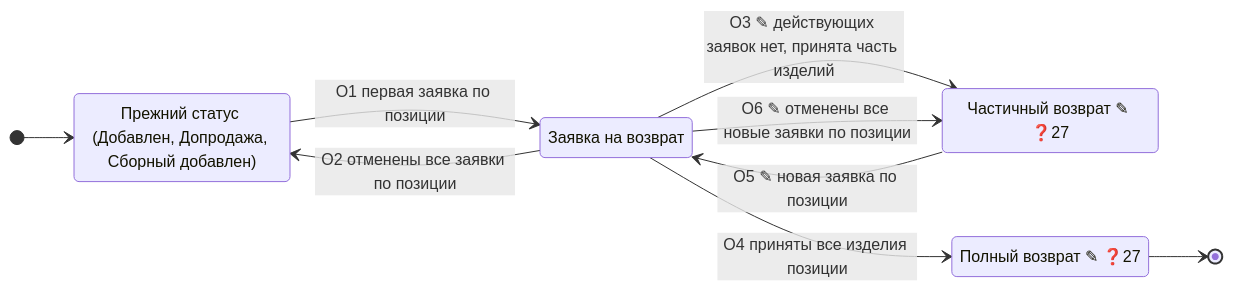
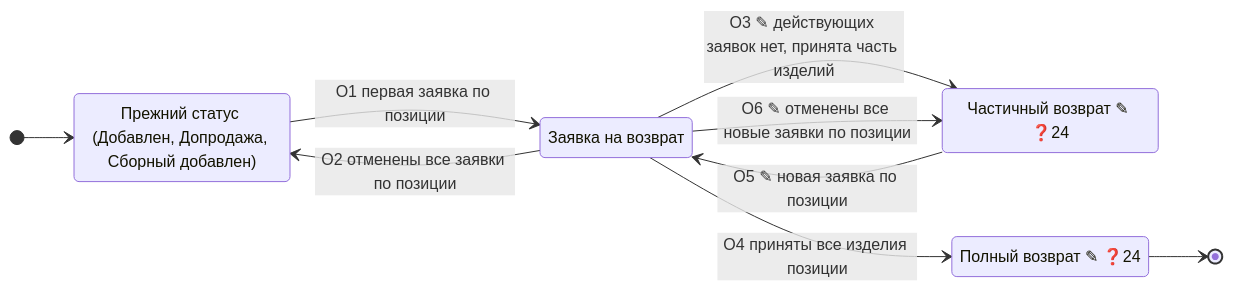
The third of 3 diagrams in projects/returns-2.0/requirements/diagrams/state/return-status_state.md (Terinss155/opencode-agents-analysis), drawn with Mermaid before and after one commit. The commit also changed other lines of this file and 28 other files, not shown here.

````diff
--- a/projects/returns-2.0/requirements/diagrams/state/return-status_state.md
+++ b/projects/returns-2.0/requirements/diagrams/state/return-status_state.md
@@ -132,18 +153,18 @@
 ```mermaid
 stateDiagram-v2
     direction LR
 
     state "Прежний статус (Добавлен, Допродажа, Сборный добавлен)" as Sold
     state "Заявка на возврат" as Requested
-    state "Частичный возврат ✎ ❓27" as Partial
-    state "Полный возврат ✎ ❓27" as Returned
+    state "Частичный возврат ✎ ❓24" as Partial
+    state "Полный возврат ✎ ❓24" as Returned
 
     [*] --> Sold
     Sold --> Requested : O1 первая заявка по позиции
     Requested --> Sold : O2 отменены все заявки по позиции
     Requested --> Partial : O3 ✎ действующих заявок нет, принята часть изделий
     Requested --> Returned : O4 приняты все изделия позиции
     Partial --> Requested : O5 ✎ новая заявка по позиции
     Requested --> Partial : O6 ✎ отменены все новые заявки по позиции
     Returned --> [*]
 ```
````
